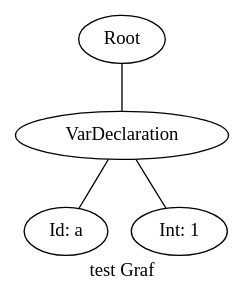
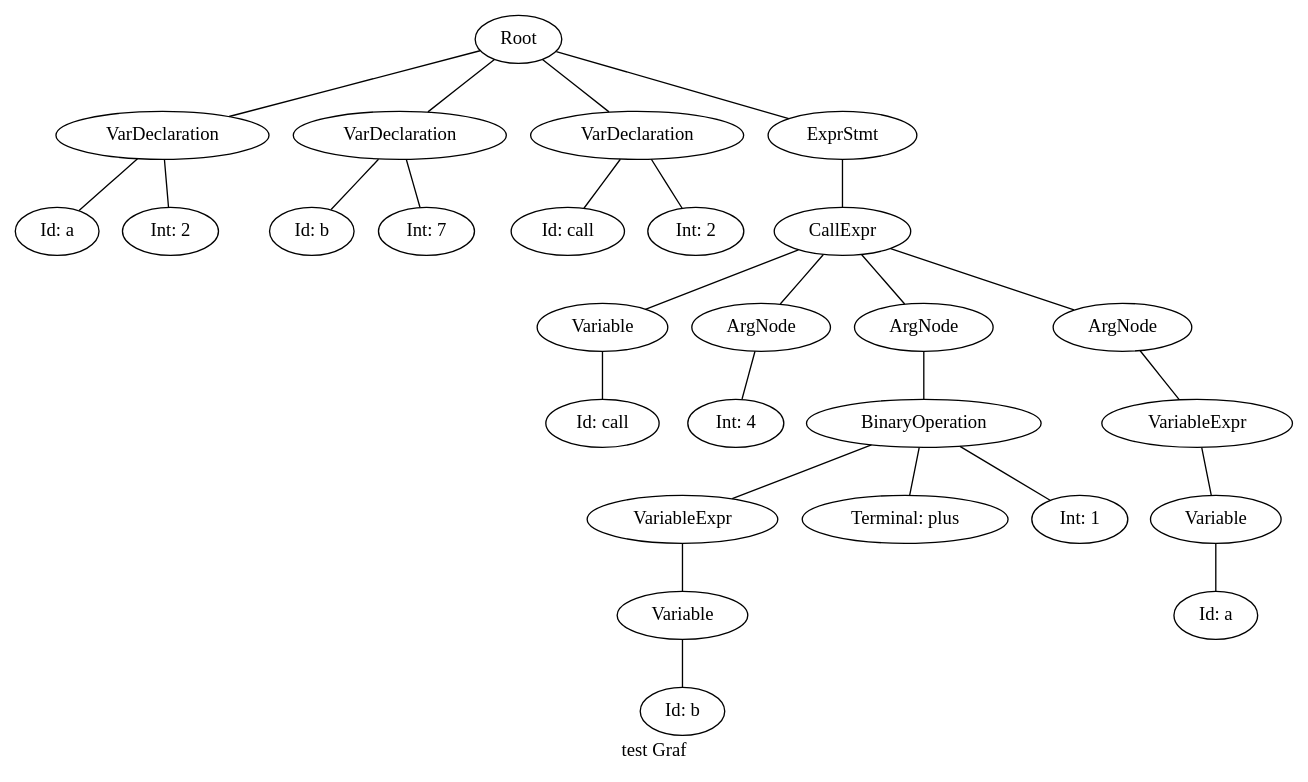
Before and after one commit to protective/anno3112: the diagram in Server/OrderPrograms/test.aop.dot, drawn with Graphviz. The commit also changed 59 other files, not shown here.

```diff
--- a/Server/OrderPrograms/test.aop.dot
+++ b/Server/OrderPrograms/test.aop.dot
@@ -1,14 +1,60 @@
 graph ""
 {
 #   node [fontsize=10,width=".2", height=".2", margin=0];
 #   graph[fontsize=8];
 label="test Graf"
 n0 ;
 n0 [label="Root"] ;
 n0 -- n1 ;
 n1 [label="VarDeclaration"] ;
-n1 -- n2 ;
-n2 [label="Id: a"] ;
-n1 -- n3 ;
-n3 [label="Int: 1"] ;
+n0 -- n2 ;
+n2 [label="VarDeclaration"] ;
+n0 -- n3 ;
+n3 [label="VarDeclaration"] ;
+n0 -- n4 ;
+n4 [label="ExprStmt"] ;
+n4 -- n5 ;
+n5 [label="CallExpr"] ;
+n5 -- n6 ;
+n6 [label="Variable"] ;
+n6 -- n7 ;
+n7 [label="Id: call"] ;
+n5 -- n8 ;
+n8 [label="ArgNode"] ;
+n5 -- n9 ;
+n9 [label="ArgNode"] ;
+n5 -- n10 ;
+n10 [label="ArgNode"] ;
+n10 -- n11 ;
+n11 [label="VariableExpr"] ;
+n11 -- n12 ;
+n12 [label="Variable"] ;
+n12 -- n13 ;
+n13 [label="Id: a"] ;
+n9 -- n14 ;
+n14 [label="BinaryOperation"] ;
+n14 -- n15 ;
+n15 [label="VariableExpr"] ;
+n15 -- n16 ;
+n16 [label="Variable"] ;
+n16 -- n17 ;
+n17 [label="Id: b"] ;
+n14 -- n18 ;
+n18 [label="Terminal: plus"] ;
+n14 -- n19 ;
+n19 [label="Int: 1"] ;
+n8 -- n20 ;
+n20 [label="Int: 4"] ;
+n3 -- n21 ;
+n21 [label="Id: call"] ;
+n3 -- n22 ;
+n22 [label="Int: 2"] ;
+n2 -- n23 ;
+n23 [label="Id: b"] ;
+n2 -- n24 ;
+n24 [label="Int: 7"] ;
+n1 -- n25 ;
+n25 [label="Id: a"] ;
+n1 -- n26 ;
+n26 [label="Int: 2"] ;
 }
```
